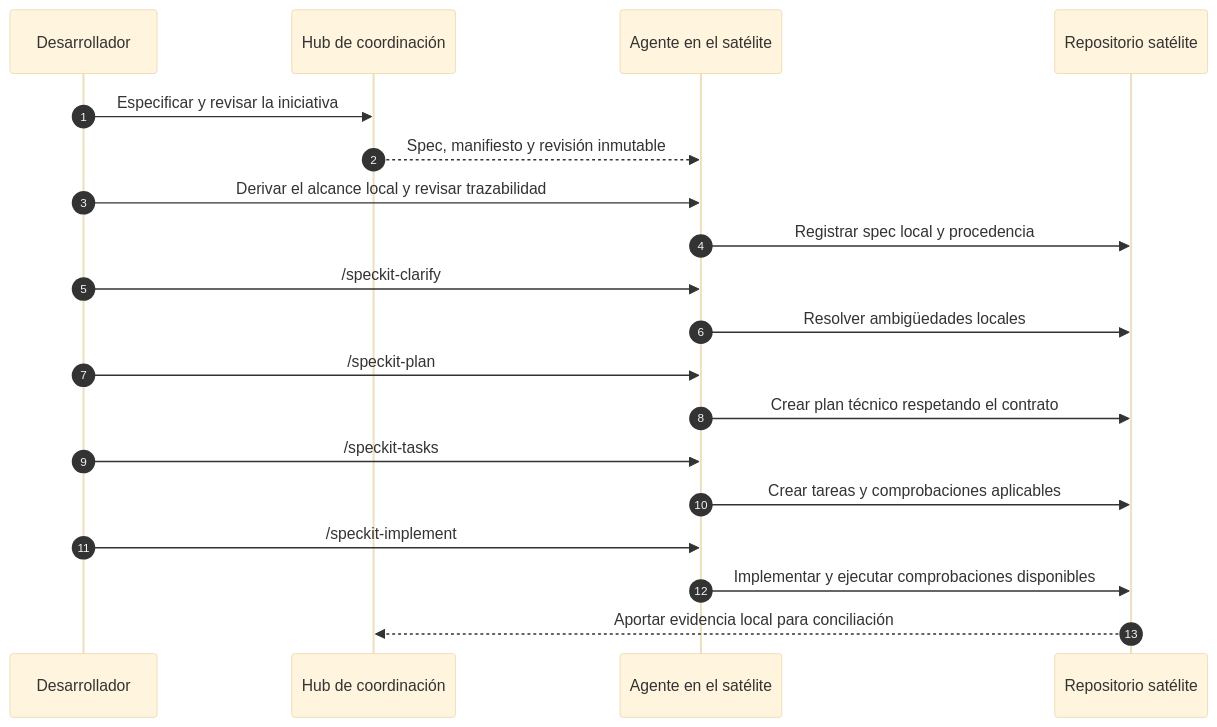
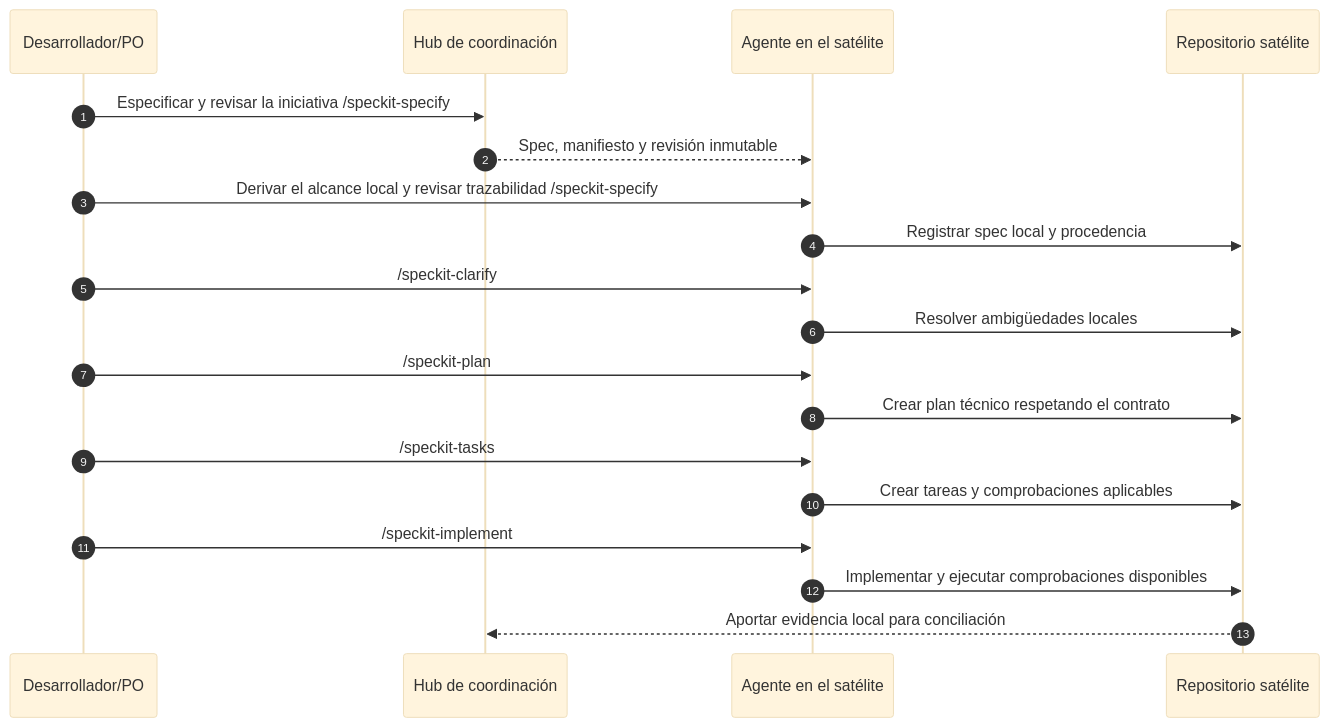
One commit to dariopalminio/poc-cross-hub-federated-sdd changed the second of 2 diagrams in docs/guides/poc-initial-design.md. Above: the diagram before and after it, drawn with Mermaid (base theme). The commit also changed other lines of this file, not shown here.

Commit message:
docs: se modifica el sequenceDiagram original

````diff
--- a/docs/guides/poc-initial-design.md
+++ b/docs/guides/poc-initial-design.md
@@ -193,22 +193,22 @@
 ```mermaid
 sequenceDiagram
     autonumber
-    participant Dev as Desarrollador
+    participant Dev as Desarrollador/PO
     participant Hub as Hub de coordinación
     participant Agent as Agente en el satélite
     participant Sat as Repositorio satélite
 
-    Dev->>Hub: Especificar y revisar la iniciativa
+    Dev->>Hub: Especificar y revisar la iniciativa /speckit-specify
     Hub-->>Agent: Spec, manifiesto y revisión inmutable
-    Dev->>Agent: Derivar el alcance local y revisar trazabilidad
+    Dev->>Agent: Derivar el alcance local y revisar trazabilidad /speckit-specify
     Agent->>Sat: Registrar spec local y procedencia
     Dev->>Agent: /speckit-clarify
     Agent->>Sat: Resolver ambigüedades locales
     Dev->>Agent: /speckit-plan
     Agent->>Sat: Crear plan técnico respetando el contrato
     Dev->>Agent: /speckit-tasks
     Agent->>Sat: Crear tareas y comprobaciones aplicables
     Dev->>Agent: /speckit-implement
     Agent->>Sat: Implementar y ejecutar comprobaciones disponibles
     Sat-->>Hub: Aportar evidencia local para conciliación
 ```
````
